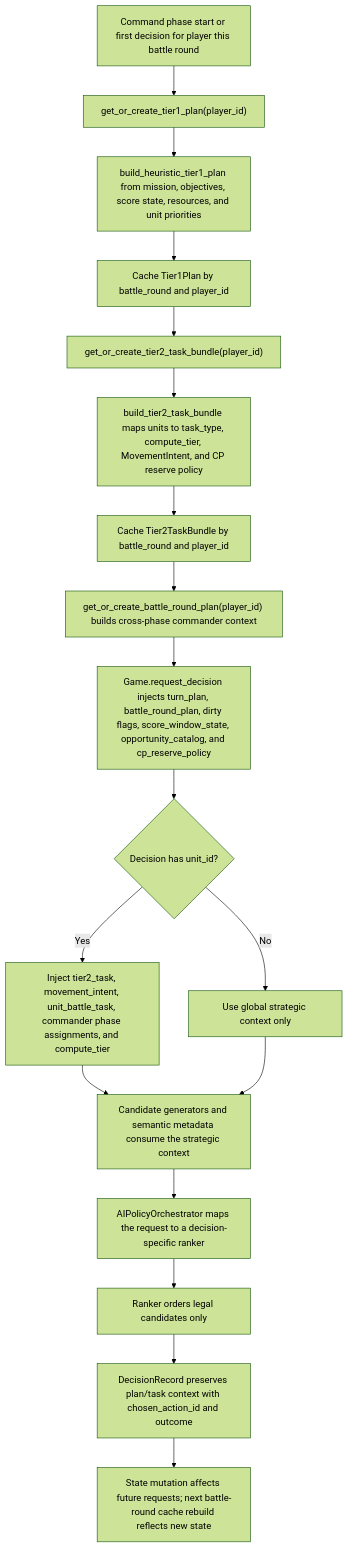
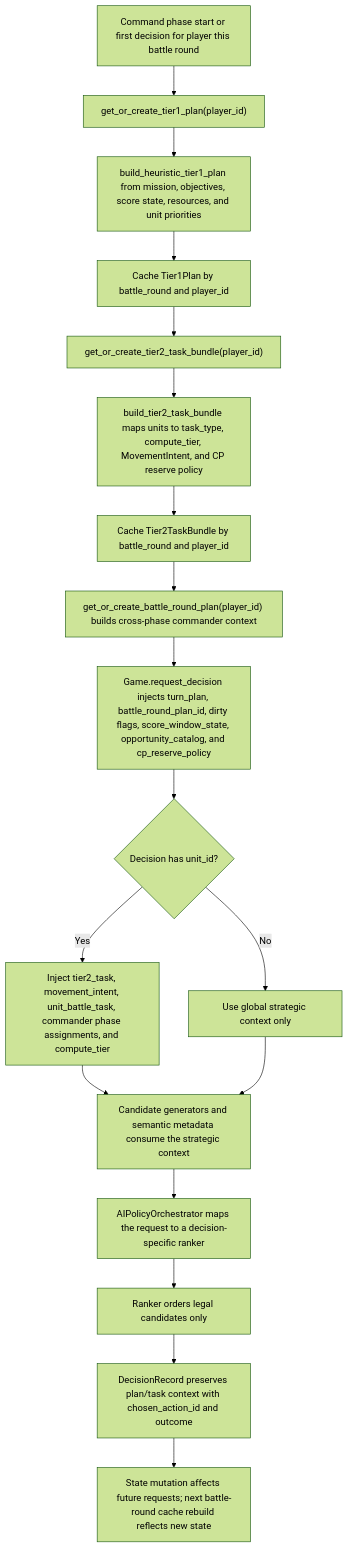
The first of 8 diagrams in docs/AI_POLICY_ORCHESTRATION.md (SobolGaming/Warhammer40k_AI), drawn with Mermaid (forest theme) before and after one commit. The commit also changed other lines of this file and 5 other files, not shown here.

Commit message:
Slim commander plan decision context

````diff
--- a/docs/AI_POLICY_ORCHESTRATION.md
+++ b/docs/AI_POLICY_ORCHESTRATION.md
@@ -138,20 +138,20 @@
 ```mermaid
 flowchart TD
   A["Command phase start or first decision for player this battle round"] --> B["get_or_create_tier1_plan(player_id)"]
   B --> C["build_heuristic_tier1_plan from mission, objectives, score state, resources, and unit priorities"]
   C --> D["Cache Tier1Plan by battle_round and player_id"]
   D --> E["get_or_create_tier2_task_bundle(player_id)"]
   E --> F["build_tier2_task_bundle maps units to task_type, compute_tier, MovementIntent, and CP reserve policy"]
   F --> G["Cache Tier2TaskBundle by battle_round and player_id"]
   G --> H["get_or_create_battle_round_plan(player_id) builds cross-phase commander context"]
-  H --> I["Game.request_decision injects turn_plan, battle_round_plan, dirty flags, score_window_state, opportunity_catalog, and cp_reserve_policy"]
+  H --> I["Game.request_decision injects turn_plan, battle_round_plan_id, dirty flags, score_window_state, opportunity_catalog, and cp_reserve_policy"]
   I --> J{"Decision has unit_id?"}
   J -->|"Yes"| K["Inject tier2_task, movement_intent, unit_battle_task, commander phase assignments, and compute_tier"]
   J -->|"No"| L["Use global strategic context only"]
   K --> M["Candidate generators and semantic metadata consume the strategic context"]
   L --> M
   M --> N["AIPolicyOrchestrator maps the request to a decision-specific ranker"]
   N --> O["Ranker orders legal candidates only"]
   O --> P["DecisionRecord preserves plan/task context with chosen_action_id and outcome"]
   P --> Q["State mutation affects future requests; next battle-round cache rebuild reflects new state"]
 ```
````
